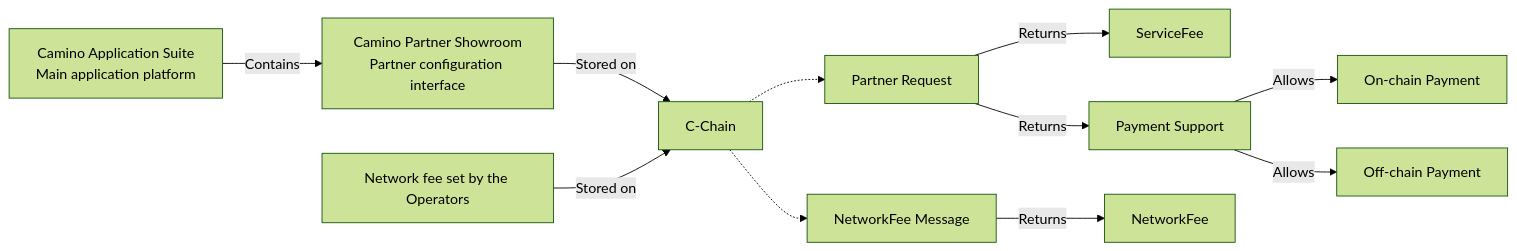
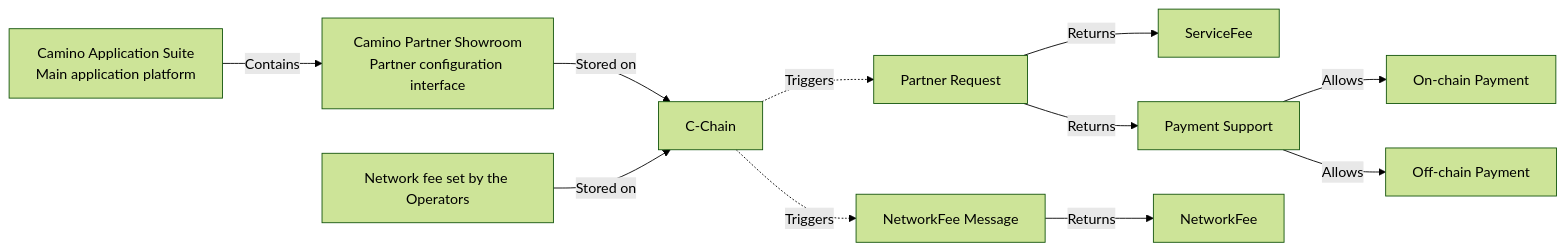
Before and after one commit to chain4travel/camino-docs: the diagram in docs/camino-messenger/messenger-fees.md, drawn with Mermaid (forest theme). The commit also changed other lines of this file, not shown here.

````diff
--- a/docs/camino-messenger/messenger-fees.md
+++ b/docs/camino-messenger/messenger-fees.md
@@ -35,15 +35,15 @@
 ```mermaid
 flowchart LR
     A[Camino Application Suite\nMain application platform] -->|Contains| B[Camino Partner Showroom\nPartner configuration interface]
     B -->|Stored on| C[C-Chain]
-    C -.-> D[Partner Request]
+    C -.->|Triggers| D[Partner Request]
     D -->|Returns| H[ServiceFee]
     D -->|Returns| I[Payment Support]
     I -->|Allows| J[On-chain Payment]
     I -->|Allows| K[Off-chain Payment]
 
     L[Network fee set by the Operators]
     L -->|Stored on| C[C-Chain]
-    C -.-> M[NetworkFee Message]
+    C -.->|Triggers| M[NetworkFee Message]
     M -->|Returns| N[NetworkFee]
 ```
````
